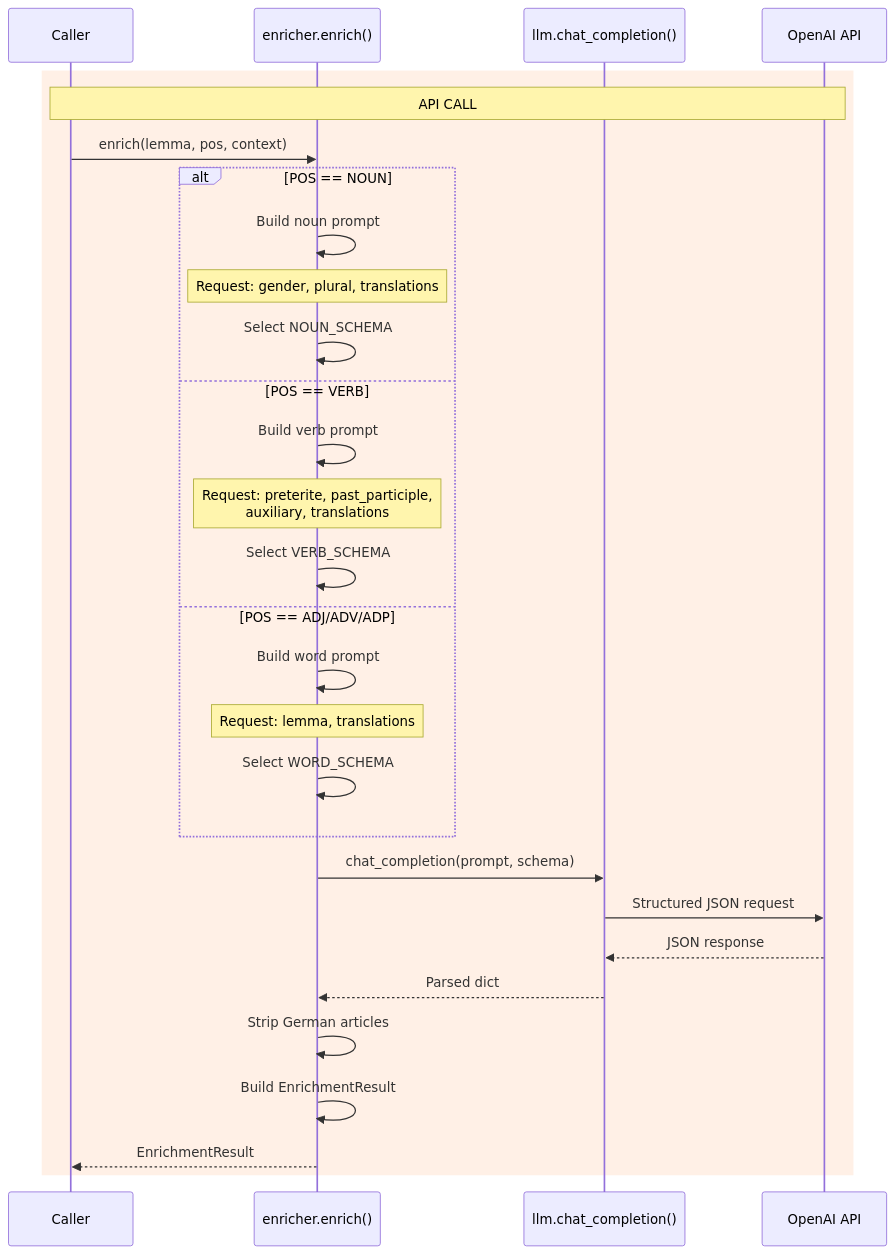
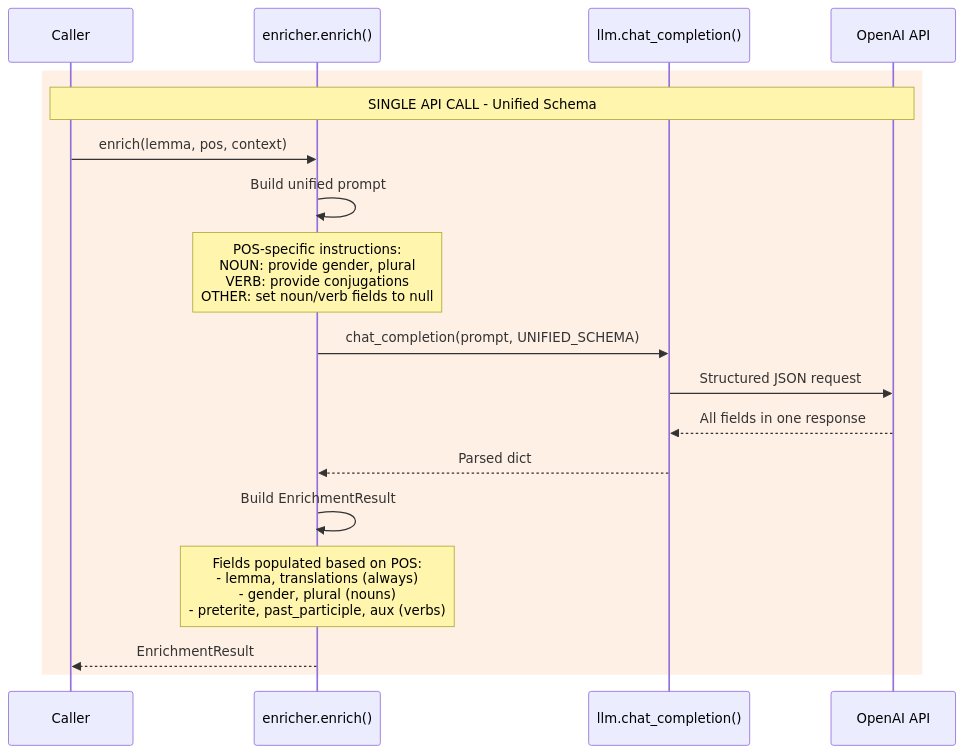
Before and after one commit to sapientpants/vocabext: the fifth of 9 diagrams in docs/llm-pipelines.md, drawn with Mermaid. The commit also changed other lines of this file and 6 other files, not shown here.

First line of the commit message:
feat: unify LLM pipeline with single API call per word

````diff
--- a/docs/llm-pipelines.md
+++ b/docs/llm-pipelines.md
@@ -203,36 +242,26 @@
 ```mermaid
 sequenceDiagram
     participant Caller
     participant Enricher as enricher.enrich()
     participant llm as llm.chat_completion()
     participant API as OpenAI API
 
     rect rgb(255, 240, 230)
-        Note over Caller,API: API CALL
+        Note over Caller,API: SINGLE API CALL - Unified Schema
 
         Caller->>Enricher: enrich(lemma, pos, context)
 
-        alt POS == NOUN
-            Enricher->>Enricher: Build noun prompt
-            Note over Enricher: Request: gender, plural, translations
-            Enricher->>Enricher: Select NOUN_SCHEMA
-        else POS == VERB
-            Enricher->>Enricher: Build verb prompt
-            Note over Enricher: Request: preterite, past_participle,<br/>auxiliary, translations
-            Enricher->>Enricher: Select VERB_SCHEMA
-        else POS == ADJ/ADV/ADP
-            Enricher->>Enricher: Build word prompt
-            Note over Enricher: Request: lemma, translations
-            Enricher->>Enricher: Select WORD_SCHEMA
-        end
+        Enricher->>Enricher: Build unified prompt
+        Note over Enricher: POS-specific instructions:<br/>NOUN: provide gender, plural<br/>VERB: provide conjugations<br/>OTHER: set noun/verb fields to null
 
-        Enricher->>llm: chat_completion(prompt, schema)
+        Enricher->>llm: chat_completion(prompt, UNIFIED_SCHEMA)
         llm->>API: Structured JSON request
-        API-->>llm: JSON response
+        API-->>llm: All fields in one response
         llm-->>Enricher: Parsed dict
 
-        Enricher->>Enricher: Strip German articles
         Enricher->>Enricher: Build EnrichmentResult
+        Note over Enricher: Fields populated based on POS:<br/>- lemma, translations (always)<br/>- gender, plural (nouns)<br/>- preterite, past_participle, aux (verbs)
+
         Enricher-->>Caller: EnrichmentResult
     end
 ```
````
